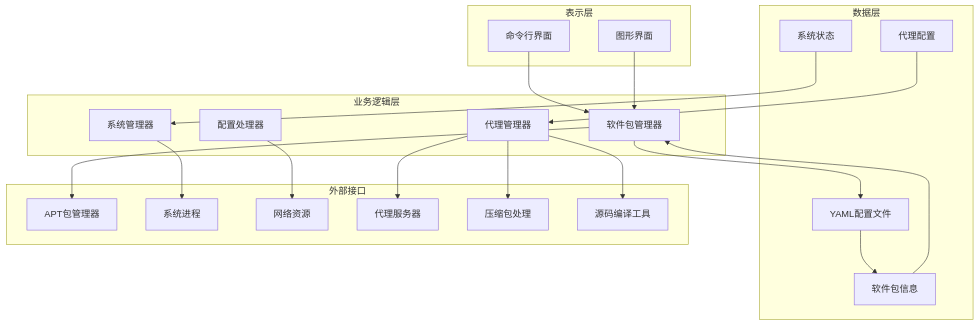
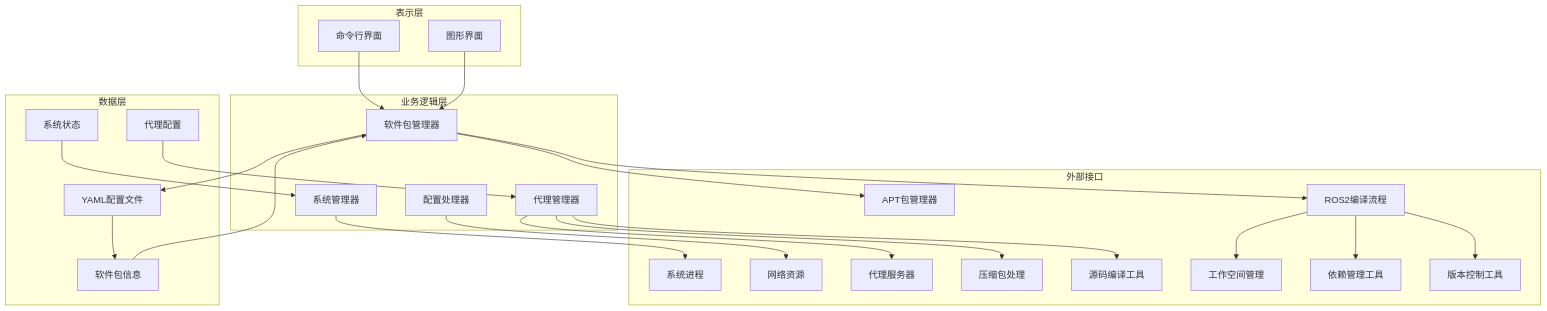
The second of 13 diagrams in .qoder/repowiki/zh/content/核心功能/核心功能.md (firestrongarch/install), drawn with Mermaid before and after one commit. The commit also changed other lines of this file and 3 other files, not shown here.

````diff
--- a/.qoder/repowiki/zh/content/核心功能/核心功能.md
+++ b/.qoder/repowiki/zh/content/核心功能/核心功能.md
@@ -154,40 +162,48 @@
 ```mermaid
 graph TB
 subgraph "表示层"
 A[命令行界面]
 B[图形界面]
 end
 subgraph "业务逻辑层"
 C[软件包管理器]
 D[系统管理器]
 E[配置处理器]
 F[代理管理器]
 end
 subgraph "数据层"
 G[YAML配置文件]
 H[系统状态]
 I[软件包信息]
 J[代理配置]
 end
 subgraph "外部接口"
 K[APT包管理器]
 L[系统进程]
 M[网络资源]
 N[代理服务器]
 O[压缩包处理]
 P[源码编译工具]
+Q[ROS2编译流程]
+R[工作空间管理]
+S[依赖管理工具]
+T[版本控制工具]
 end
 A --> C
 B --> C
 C --> G
 C --> K
 D --> L
 E --> M
 F --> N
 F --> O
 F --> P
 G --> I
 J --> F
 H --> D
 I --> C
+C --> Q
+Q --> R
+Q --> S
+Q --> T
 ```
````
